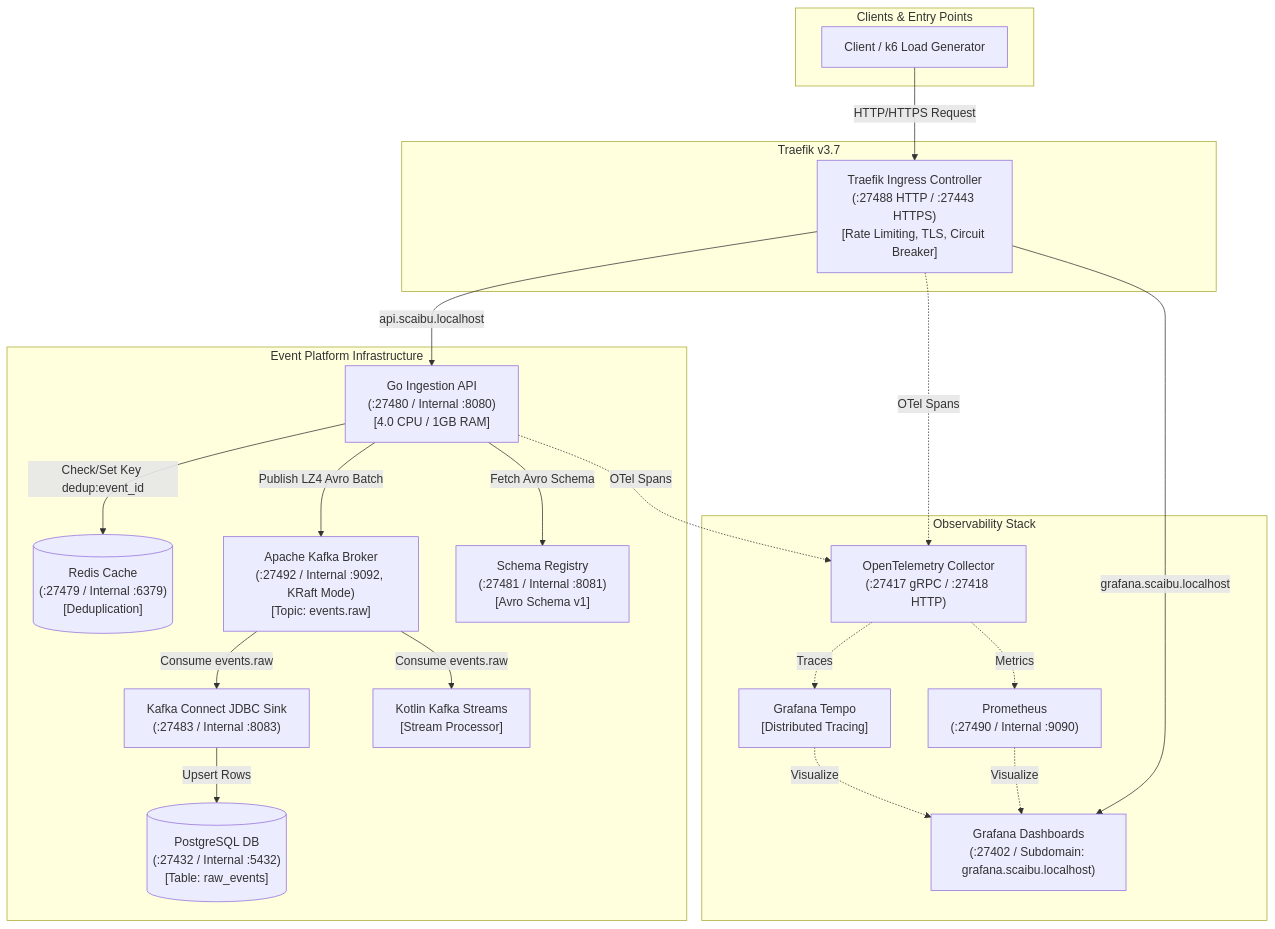
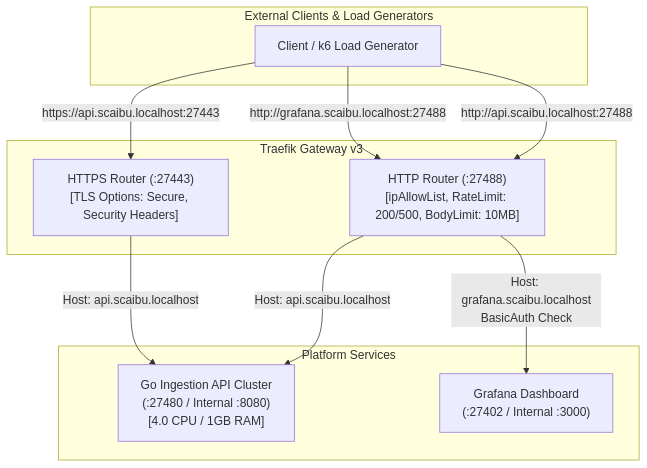
Before and after one commit to Chief-Strategist-J/messaging-pipeline: the first of 3 diagrams in README.md, drawn with Mermaid. The commit also changed other lines of this file and 9 other files, not shown here.

Commit message:
docs: overhaul README with section-wise pipeline diagrams, tracing guide, and challenge resolutions

````diff
--- a/README.md
+++ b/README.md
@@ -9,48 +13,24 @@
 ```mermaid
 flowchart TD
-    subgraph Clients & Entry Points
+    subgraph External Clients & Load Generators
         Client["Client / k6 Load Generator"]
     end
 
-    subgraph Ingress Layer [Traefik v3.7]
-        TRAEFIK["Traefik Ingress Controller\n(:27488 HTTP / :27443 HTTPS)\n[Rate Limiting, TLS, Circuit Breaker]"]
+    subgraph Ingress Layer [Traefik Gateway v3]
+        TRAEFIK_HTTP["HTTP Router (:27488)\n[ipAllowList, RateLimit: 200/500, BodyLimit: 10MB]"]
+        TRAEFIK_HTTPS["HTTPS Router (:27443)\n[TLS Options: Secure, Security Headers]"]
     end
 
-    subgraph Event Platform Infrastructure
-        API["Go Ingestion API\n(:27480 / Internal :8080)\n[4.0 CPU / 1GB RAM]"]
-        REDIS[("Redis Cache\n(:27479 / Internal :6379)\n[Deduplication]")]
-        KAFKA["Apache Kafka Broker\n(:27492 / Internal :9092, KRaft Mode)\n[Topic: events.raw]"]
-        SCHEMA["Schema Registry\n(:27481 / Internal :8081)\n[Avro Schema v1]"]
-        CONNECT["Kafka Connect JDBC Sink\n(:27483 / Internal :8083)"]
-        POSTGRES[("PostgreSQL DB\n(:27432 / Internal :5432)\n[Table: raw_events]")]
-        STREAMS["Kotlin Kafka Streams\n[Stream Processor]"]
+    subgraph Platform Services
+        API["Go Ingestion API Cluster\n(:27480 / Internal :8080)\n[4.0 CPU / 1GB RAM]"]
+        GRAFANA["Grafana Dashboard\n(:27402 / Internal :3000)"]
     end
 
-    subgraph Observability Stack
-        OTEL["OpenTelemetry Collector\n(:27417 gRPC / :27418 HTTP)"]
-        PROMETHEUS["Prometheus\n(:27490 / Internal :9090)"]
-        TEMPO["Grafana Tempo\n[Distributed Tracing]"]
-        GRAFANA["Grafana Dashboards\n(:27402 / Subdomain: grafana.scaibu.localhost)"]
-    end
+    Client -->|http://api.scaibu.localhost:27488| TRAEFIK_HTTP
+    Client -->|https://api.scaibu.localhost:27443| TRAEFIK_HTTPS
+    Client -->|http://grafana.scaibu.localhost:27488| TRAEFIK_HTTP
 
-    %% Routing Flow
-    Client -->|HTTP/HTTPS Request| TRAEFIK
-    TRAEFIK -->|api.scaibu.localhost| API
-    TRAEFIK -->|grafana.scaibu.localhost| GRAFANA
-
-    %% Internal Data Flow
-    API -->|Check/Set Key dedup:event_id| REDIS
-    API -->|Fetch Avro Schema| SCHEMA
-    API -->|Publish LZ4 Avro Batch| KAFKA
-    KAFKA -->|Consume events.raw| CONNECT
-    CONNECT -->|Upsert Rows| POSTGRES
-    KAFKA -->|Consume events.raw| STREAMS
-
-    %% Observability Integration
-    TRAEFIK -.->|OTel Spans| OTEL
-    API -.->|OTel Spans| OTEL
-    OTEL -.->|Traces| TEMPO
-    OTEL -.->|Metrics| PROMETHEUS
-    PROMETHEUS -.->|Visualize| GRAFANA
-    TEMPO -.->|Visualize| GRAFANA
+    TRAEFIK_HTTP -->|Host: api.scaibu.localhost| API
+    TRAEFIK_HTTP -->|Host: grafana.scaibu.localhost\nBasicAuth Check| GRAFANA
+    TRAEFIK_HTTPS -->|Host: api.scaibu.localhost| API
 ```
````
